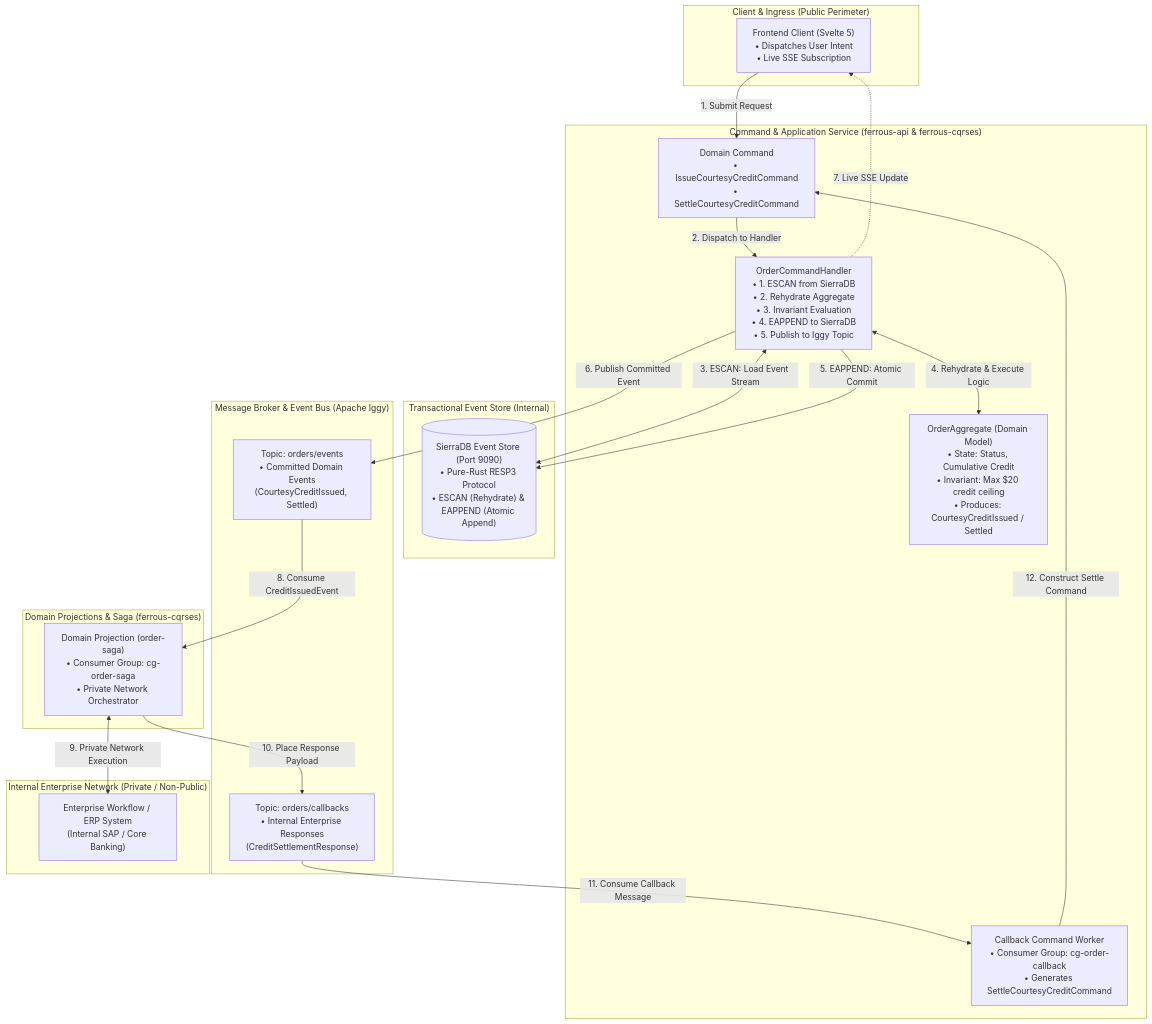
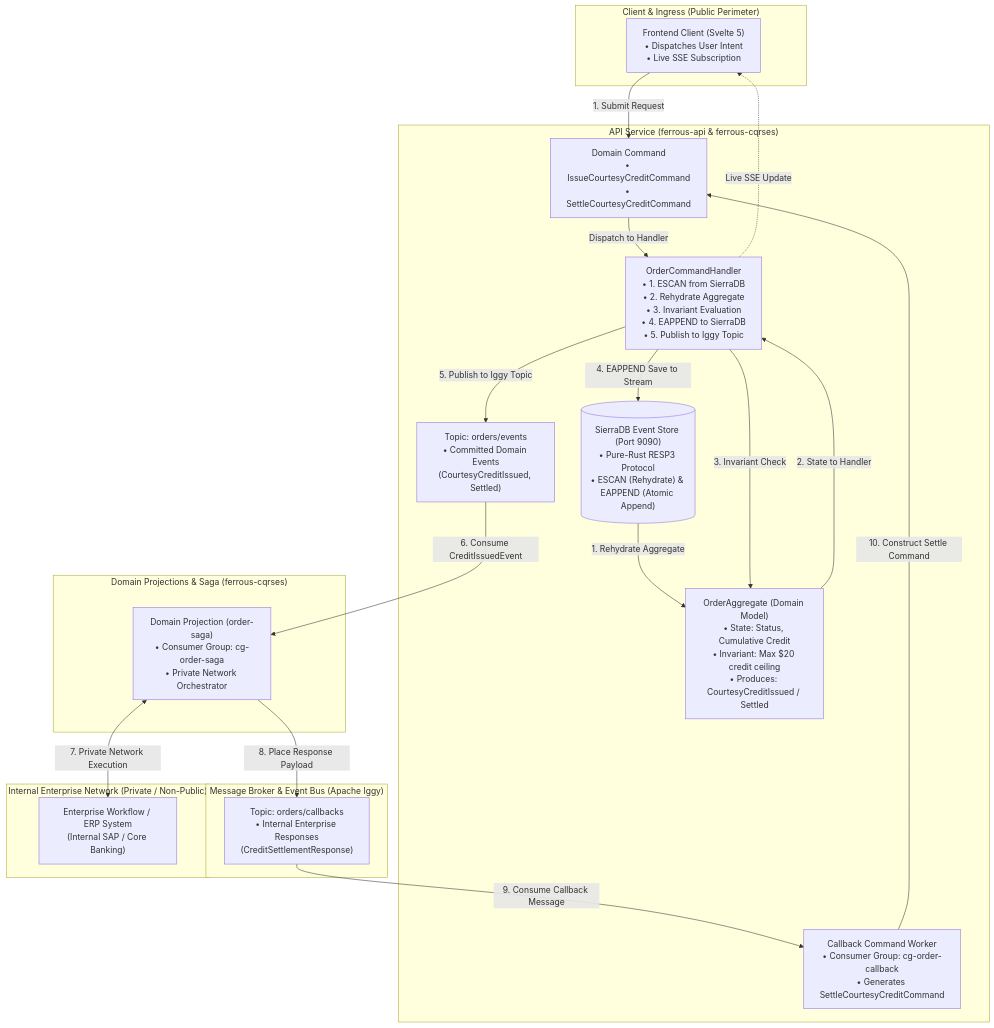
One commit to reidlai/ferrous-cx changed the first of 2 diagrams in README.md. Above: the diagram before and after it, drawn with Mermaid.

Commit message:
docs(architecture): update API_Tier diagram flow in README

````diff
--- a/README.md
+++ b/README.md
@@ -42,54 +42,49 @@
 ```mermaid
 flowchart TD
     subgraph Client_Tier ["Client & Ingress (Public Perimeter)"]
         Client["Frontend Client (Svelte 5)<br/>• Dispatches User Intent<br/>• Live SSE Subscription"]
     end
 
-    subgraph Command_Tier ["Command & Application Service (ferrous-api & ferrous-cqrses)"]
+    subgraph API_Tier ["API Service (ferrous-api & ferrous-cqrses)"]
         Command["Domain Command<br/>• IssueCourtesyCreditCommand<br/>• SettleCourtesyCreditCommand"]
         CommandHandler["OrderCommandHandler<br/>• 1. ESCAN from SierraDB<br/>• 2. Rehydrate Aggregate<br/>• 3. Invariant Evaluation<br/>• 4. EAPPEND to SierraDB<br/>• 5. Publish to Iggy Topic"]
         Aggregate["OrderAggregate (Domain Model)<br/>• State: Status, Cumulative Credit<br/>• Invariant: Max $20 credit ceiling<br/>• Produces: CourtesyCreditIssued / Settled"]
         CallbackWorker["Callback Command Worker<br/>• Consumer Group: cg-order-callback<br/>• Generates SettleCourtesyCreditCommand"]
-    end
+        SierraDB[("SierraDB Event Store (Port 9090)<br/>• Pure-Rust RESP3 Protocol<br/>• ESCAN (Rehydrate) & EAPPEND (Atomic Append)")]
 
-    subgraph Storage_Tier ["Transactional Event Store (Internal)"]
-        SierraDB[("SierraDB Event Store (Port 9090)<br/>• Pure-Rust RESP3 Protocol<br/>• ESCAN (Rehydrate) & EAPPEND (Atomic Append)")]
+        Command -->|"Dispatch to Handler"| CommandHandler
+        SierraDB -->|"1. Rehydrate Aggregate"| Aggregate        
+        Aggregate -->|"2. State to Handler"| CommandHandler
+        CommandHandler -->|"3. Invariant Check"| Aggregate
+        CommandHandler -->|"4. EAPPEND Save to Stream"| SierraDB
+        CommandHandler -->|"5. Publish to Iggy Topic"| IggyEvents
     end
 
     subgraph Streaming_Fabric ["Message Broker & Event Bus (Apache Iggy)"]
         IggyEvents["Topic: orders/events<br/>• Committed Domain Events<br/>(CourtesyCreditIssued, Settled)"]
         IggyCallbacks["Topic: orders/callbacks<br/>• Internal Enterprise Responses<br/>(CreditSettlementResponse)"]
     end
 
     subgraph Projection_Tier ["Domain Projections & Saga (ferrous-cqrses)"]
         DomainProjection["Domain Projection (order-saga)<br/>• Consumer Group: cg-order-saga<br/>• Private Network Orchestrator"]
     end
 
     subgraph Enterprise_Tier ["Internal Enterprise Network (Private / Non-Public)"]
         EnterpriseWorkflow["Enterprise Workflow / ERP System<br/>(Internal SAP / Core Banking)"]
     end
 
     %% Step 1: User Command Ingestion
     Client -->|"1. Submit Request"| Command
-    Command -->|"2. Dispatch to Handler"| CommandHandler
+    CommandHandler -.->|"Live SSE Update"| Client
 
-    %% Step 2: Rehydration & Invariant Check
-    CommandHandler <-->|"3. ESCAN: Load Event Stream"| SierraDB
-    CommandHandler <-->|"4. Rehydrate & Execute Logic"| Aggregate
+    %% Step 2: Domain Projection Consumption
+    IggyEvents -->|"6. Consume CreditIssuedEvent"| DomainProjection
+    DomainProjection <-->|"7. Private Network Execution"| EnterpriseWorkflow
 
-    %% Step 3: Atomic Commit & Bus Emission
-    CommandHandler -->|"5. EAPPEND: Atomic Commit"| SierraDB
-    CommandHandler -->|"6. Publish Committed Event"| IggyEvents
-    CommandHandler -.->|"7. Live SSE Update"| Client
+    %% Step 3: Callback Queue Placement
+    DomainProjection -->|"8. Place Response Payload"| IggyCallbacks
 
-    %% Step 4: Domain Projection Consumption
-    IggyEvents -->|"8. Consume CreditIssuedEvent"| DomainProjection
-    DomainProjection <-->|"9. Private Network Execution"| EnterpriseWorkflow
-
-    %% Step 5: Callback Queue Placement
-    DomainProjection -->|"10. Place Response Payload"| IggyCallbacks
-
-    %% Step 6: Callback to Command Loop
-    IggyCallbacks -->|"11. Consume Callback Message"| CallbackWorker
-    CallbackWorker -->|"12. Construct Settle Command"| Command
+    %% Step 4: Callback to Command Loop
+    IggyCallbacks -->|"9. Consume Callback Message"| CallbackWorker
+    CallbackWorker -->|"10. Construct Settle Command"| Command
 ```
````
